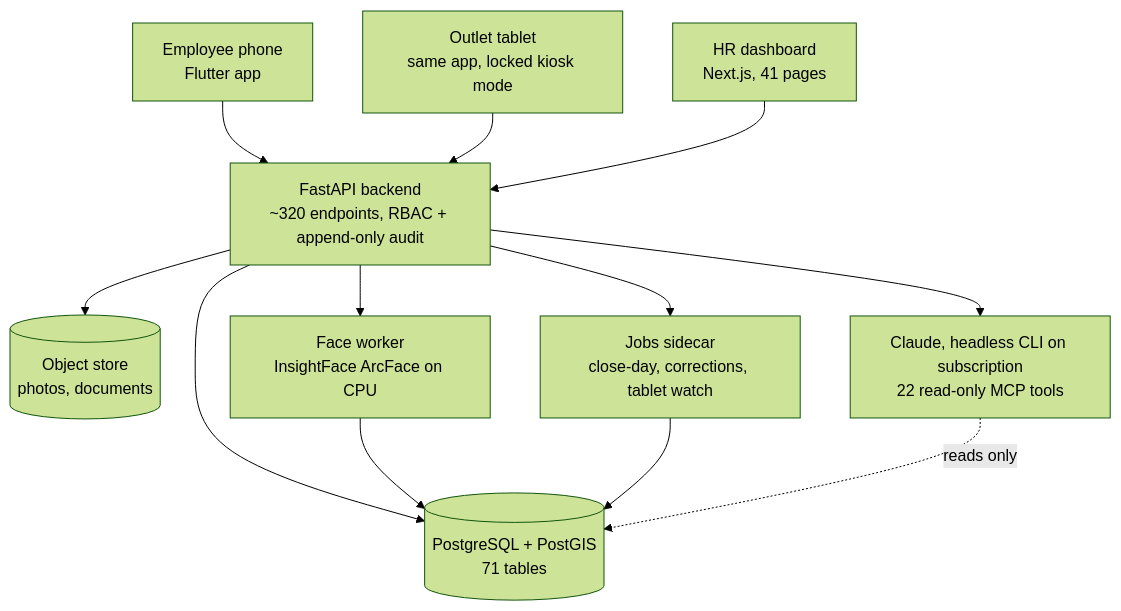
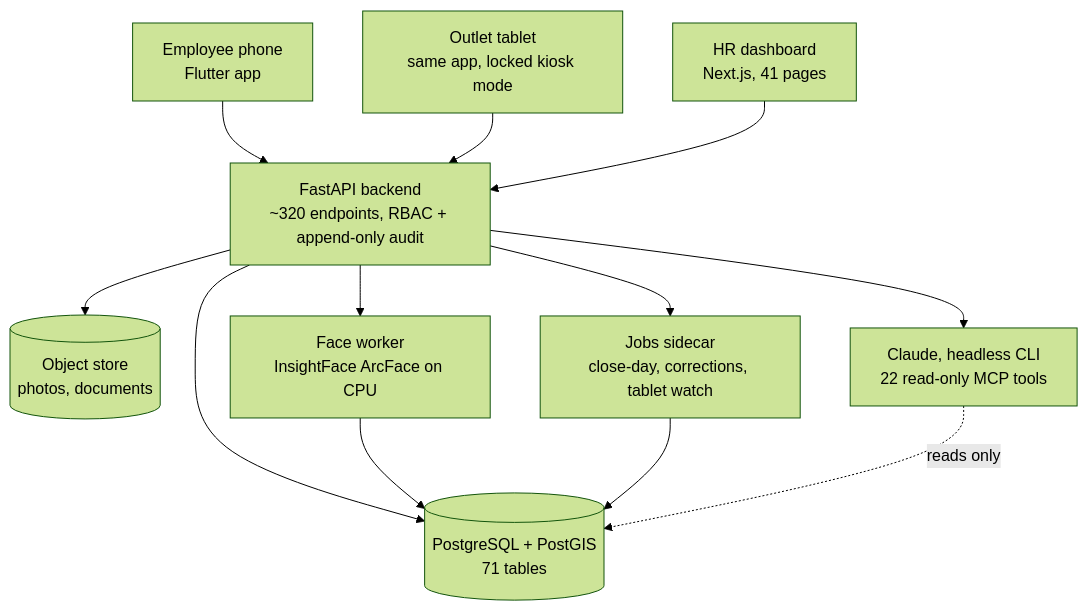
One commit to robiriu/robiriu.github.io changed the diagram in docs/projects/hr-attendance-platform.md. Above: the diagram before and after it, drawn with Mermaid (forest theme). The commit also changed other lines of this file and 4 other files, not shown here.

````diff
--- a/docs/projects/hr-attendance-platform.md
+++ b/docs/projects/hr-attendance-platform.md
@@ -53,20 +53,20 @@
 ```mermaid
 flowchart TB
     EMP["Employee phone<br/>Flutter app"]
     KIOSK["Outlet tablet<br/>same app, locked kiosk mode"]
     HRW["HR dashboard<br/>Next.js, 41 pages"]
 
     EMP --> API["FastAPI backend<br/>~320 endpoints, RBAC + append-only audit"]
     KIOSK --> API
     HRW --> API
 
     API --> DB[("PostgreSQL + PostGIS<br/>71 tables")]
     API --> OBJ[("Object store<br/>photos, documents")]
     API --> WORK["Face worker<br/>InsightFace ArcFace on CPU"]
-    API --> AI["Claude, headless CLI on subscription<br/>22 read-only MCP tools"]
+    API --> AI["Claude, headless CLI<br/>22 read-only MCP tools"]
     API --> JOBS["Jobs sidecar<br/>close-day, corrections, tablet watch"]
 
     WORK --> DB
     JOBS --> DB
     AI -.->|"reads only"| DB
 ```
````
